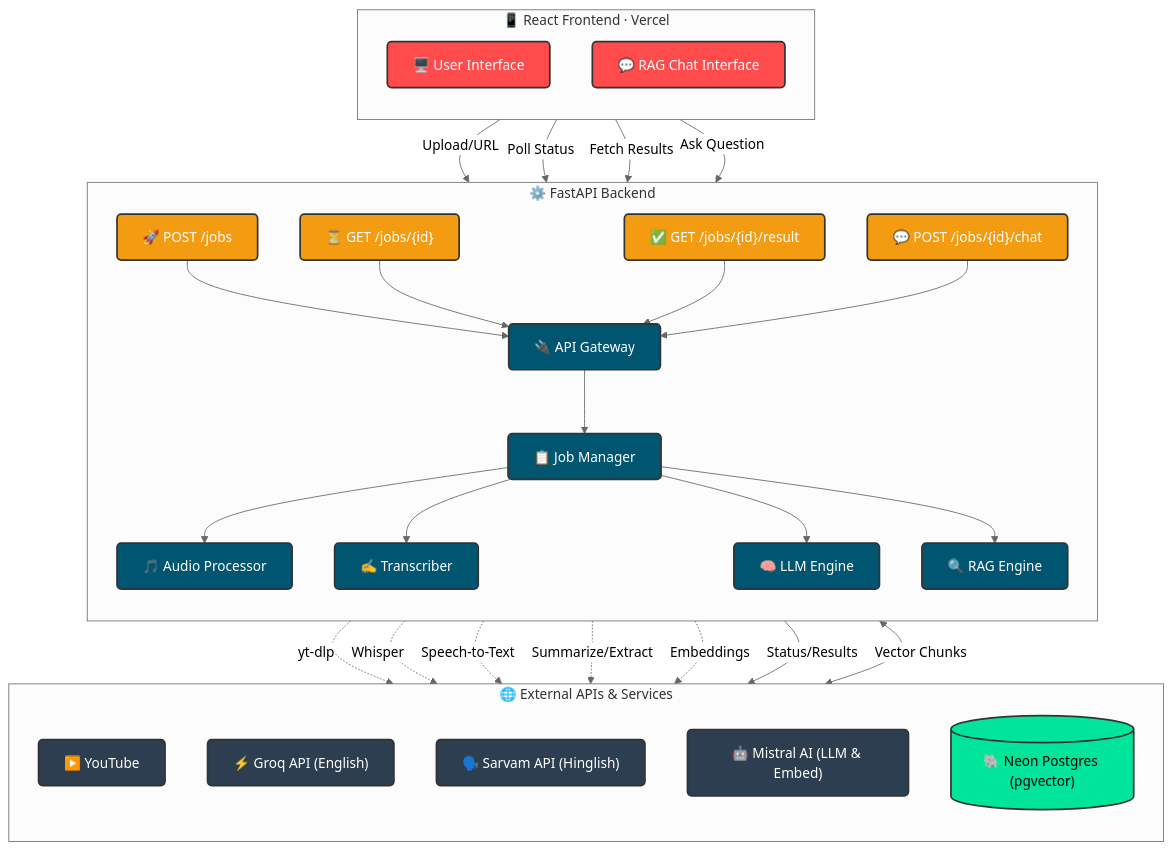
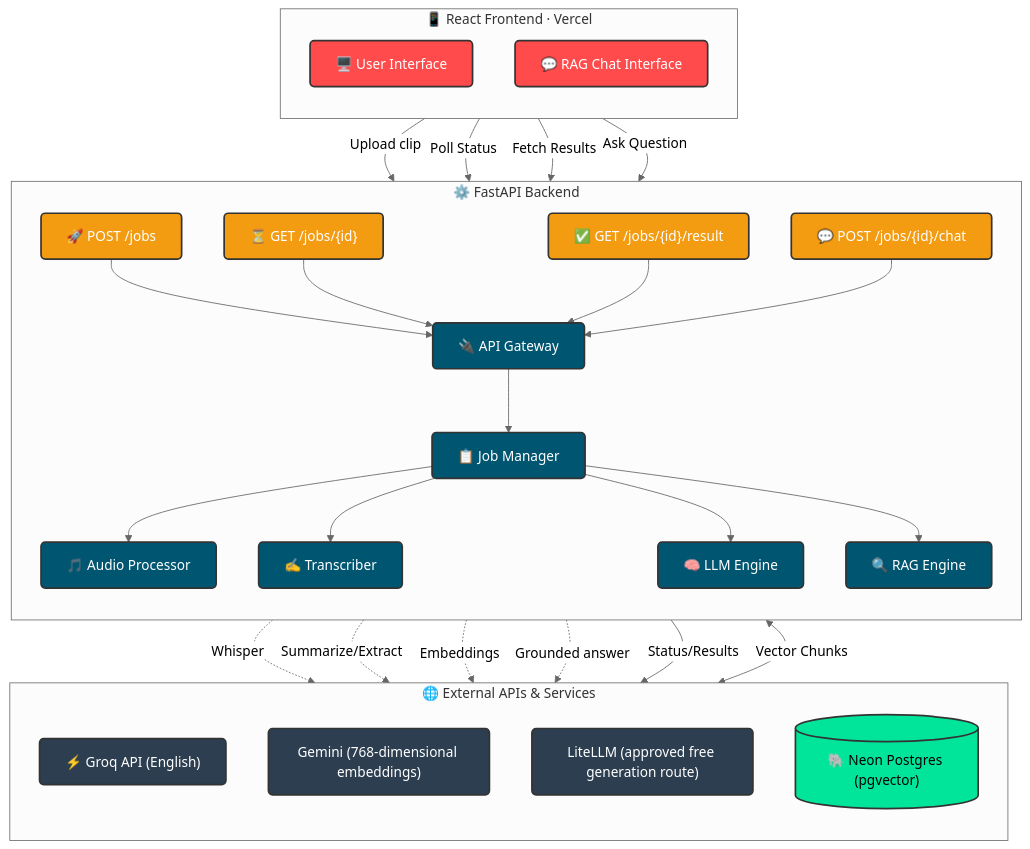
Before and after one commit to sumitjadhav1703/AI-Video-Assistant: the diagram in README.md, drawn with Mermaid (neutral theme). The commit also changed other lines of this file and 99 other files, not shown here.

````diff
--- a/README.md
+++ b/README.md
@@ -22,65 +57,63 @@
 ```mermaid
 flowchart TD
     %% Styling
     classDef frontend fill:#FF4B4B,stroke:#333,stroke-width:2px,color:#fff,rx:5px,ry:5px
     classDef backend fill:#005571,stroke:#333,stroke-width:2px,color:#fff,rx:5px,ry:5px
     classDef external fill:#2c3e50,stroke:#333,stroke-width:2px,color:#fff,rx:5px,ry:5px
     classDef database fill:#00E599,stroke:#333,stroke-width:2px,color:#000,rx:5px,ry:5px
     classDef apiEndpoint fill:#f39c12,stroke:#333,stroke-width:2px,color:#fff,rx:5px,ry:5px
 
     %% Nodes
     subgraph Frontend_App ["📱 React Frontend · Vercel"]
         direction TB
         UI["🖥️ User Interface"]:::frontend
         Chat["💬 RAG Chat Interface"]:::frontend
     end
 
     subgraph Backend_App ["⚙️ FastAPI Backend"]
         direction TB
         API_Start["🚀 POST /jobs"]:::apiEndpoint
         API_Status["⏳ GET /jobs/{id}"]:::apiEndpoint
         API_Result["✅ GET /jobs/{id}/result"]:::apiEndpoint
         API_Chat["💬 POST /jobs/{id}/chat"]:::apiEndpoint
 
         Gateway["🔌 API Gateway"]:::backend
         JobManager["📋 Job Manager"]:::backend
         AudioProc["🎵 Audio Processor"]:::backend
         Transcriber["✍️ Transcriber"]:::backend
         LLMEngine["🧠 LLM Engine"]:::backend
         RAGEngine["🔍 RAG Engine"]:::backend
     end
 
     subgraph External_Services ["🌐 External APIs & Services"]
         direction TB
-        YT["▶️ YouTube"]:::external
         Groq["⚡ Groq API (English)"]:::external
-        Sarvam["🗣️ Sarvam API (Hinglish)"]:::external
-        Mistral["🤖 Mistral AI (LLM & Embed)"]:::external
+        Gemini["Gemini (768-dimensional embeddings)"]:::external
+        LiteLLM["LiteLLM (approved free generation route)"]:::external
         Neon[("🐘 Neon Postgres (pgvector)")]:::database
     end
 
     %% Connections
-    UI -->|"Upload/URL"| API_Start
+    UI -->|"Upload clip"| API_Start
     UI -->|"Poll Status"| API_Status
     UI -->|"Fetch Results"| API_Result
     Chat -->|"Ask Question"| API_Chat
 
     API_Start --> Gateway
     API_Status --> Gateway
     API_Result --> Gateway
     API_Chat --> Gateway
 
     Gateway --> JobManager
     JobManager --> AudioProc
     JobManager --> Transcriber
     JobManager --> LLMEngine
     JobManager --> RAGEngine
 
-    AudioProc -.->|"yt-dlp"| YT
     Transcriber -.->|"Whisper"| Groq
-    Transcriber -.->|"Speech-to-Text"| Sarvam
-    LLMEngine -.->|"Summarize/Extract"| Mistral
-    RAGEngine -.->|"Embeddings"| Mistral
+    LLMEngine -.->|"Summarize/Extract"| LiteLLM
+    RAGEngine -.->|"Embeddings"| Gemini
+    RAGEngine -.->|"Grounded answer"| LiteLLM
     JobManager -->|"Status/Results"| Neon
     RAGEngine <-->|"Vector Chunks"| Neon
 ```
````
